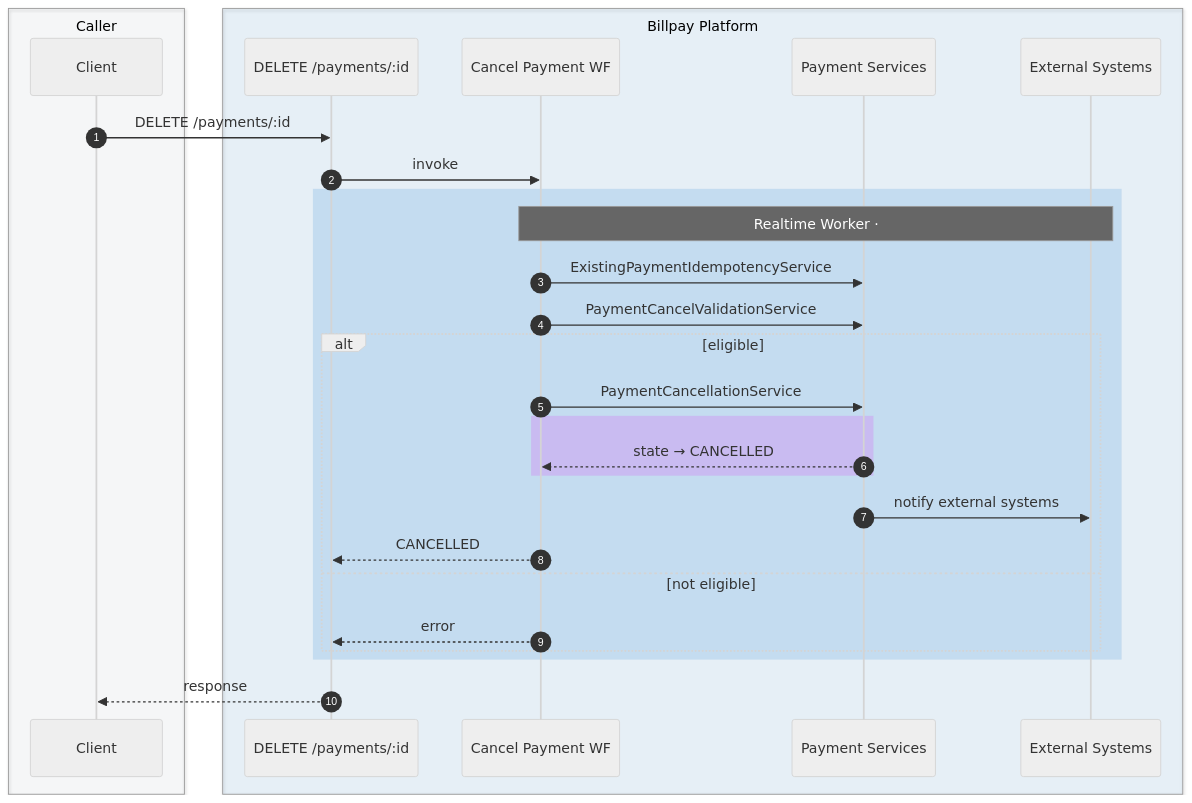
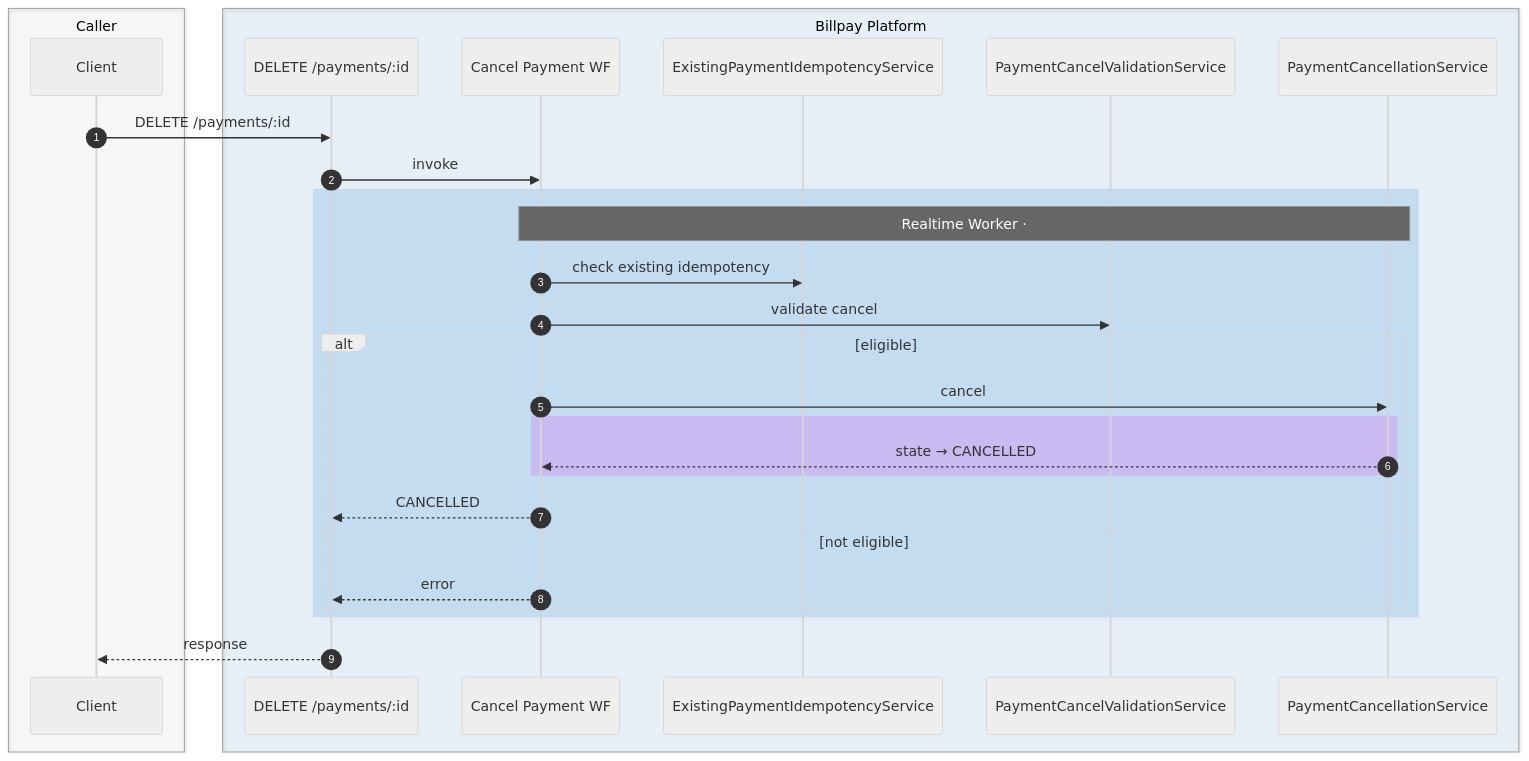
One commit to arunav-bhattacharya/billpay-docs changed the fifth of 10 diagrams in docs/diagrams/sequence-diagrams.md. Above: the diagram before and after it, drawn with Mermaid (neutral theme). The commit also changed other lines of this file and 2 other files, not shown here.

First line of the commit message:
Use specific Payment Service names as sequence-diagram actors

````diff
--- a/docs/diagrams/sequence-diagrams.md
+++ b/docs/diagrams/sequence-diagrams.md
@@ -296,36 +300,36 @@
 ```mermaid
 sequenceDiagram
   autonumber
 
   box rgba(148,163,184,0.06) Caller
     participant C as Client
   end
 
   box rgba(0,111,207,0.08) Billpay Platform
     participant API as DELETE /payments/:id
     participant CWF as Cancel Payment WF
-    participant SVC as Payment Services
-    participant EXT as External Systems
+    participant EPI as ExistingPaymentIdempotencyService
+    participant PCV as PaymentCancelValidationService
+    participant PCN as PaymentCancellationService
   end
 
   C->>API: DELETE /payments/:id
   API->>CWF: invoke
 
   rect rgba(0,111,207,0.15)
-    Note over CWF,EXT: Realtime Worker · #CancelPaymentWF — checks eligibility, transitions to CANCELLED, notifies externals
-    CWF->>SVC: ExistingPaymentIdempotencyService
-    CWF->>SVC: PaymentCancelValidationService
+    Note over CWF,PCN: Realtime Worker · #CancelPaymentWF — checks eligibility and transitions to CANCELLED
+    CWF->>EPI: check existing idempotency
+    CWF->>PCV: validate cancel
     alt eligible
-      CWF->>SVC: PaymentCancellationService
+      CWF->>PCN: cancel
       rect rgba(217,70,239,0.22)
-        SVC-->>CWF: state → CANCELLED
+        PCN-->>CWF: state → CANCELLED
       end
-      SVC->>EXT: notify external systems
       CWF-->>API: CANCELLED
     else not eligible
       CWF-->>API: error
     end
   end
 
   API-->>C: response
 ```
````
